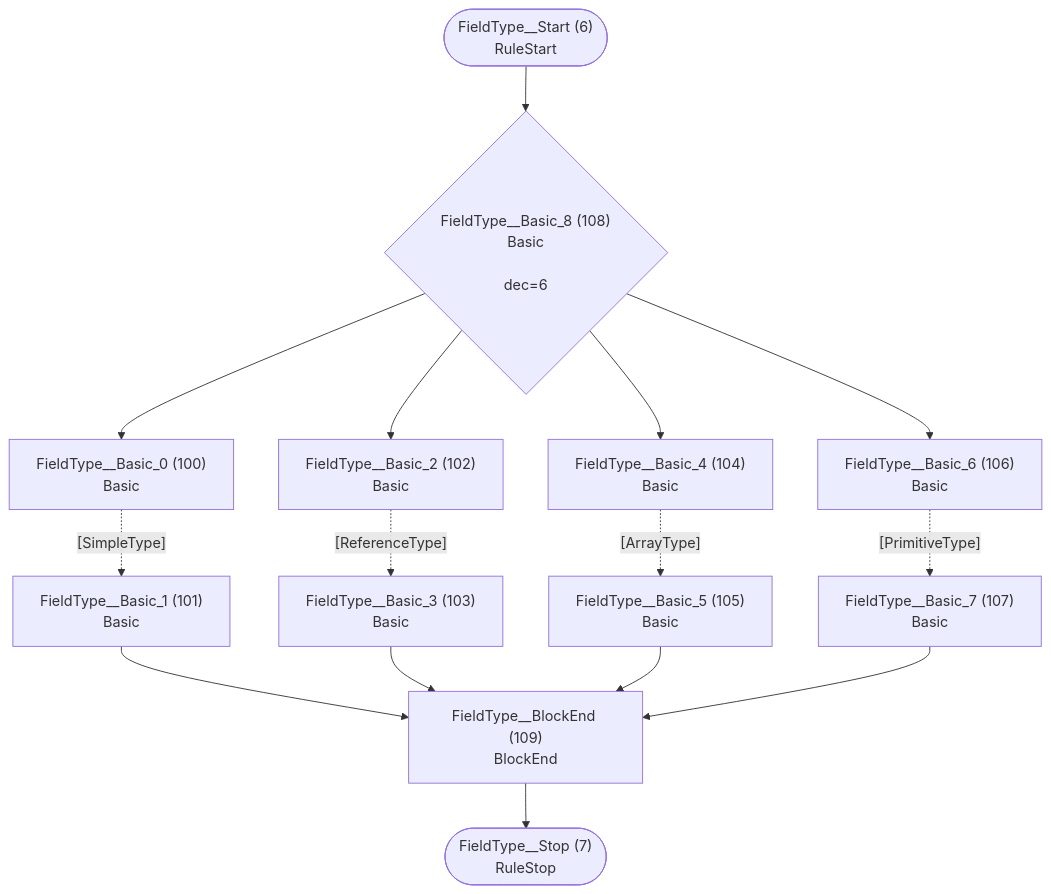
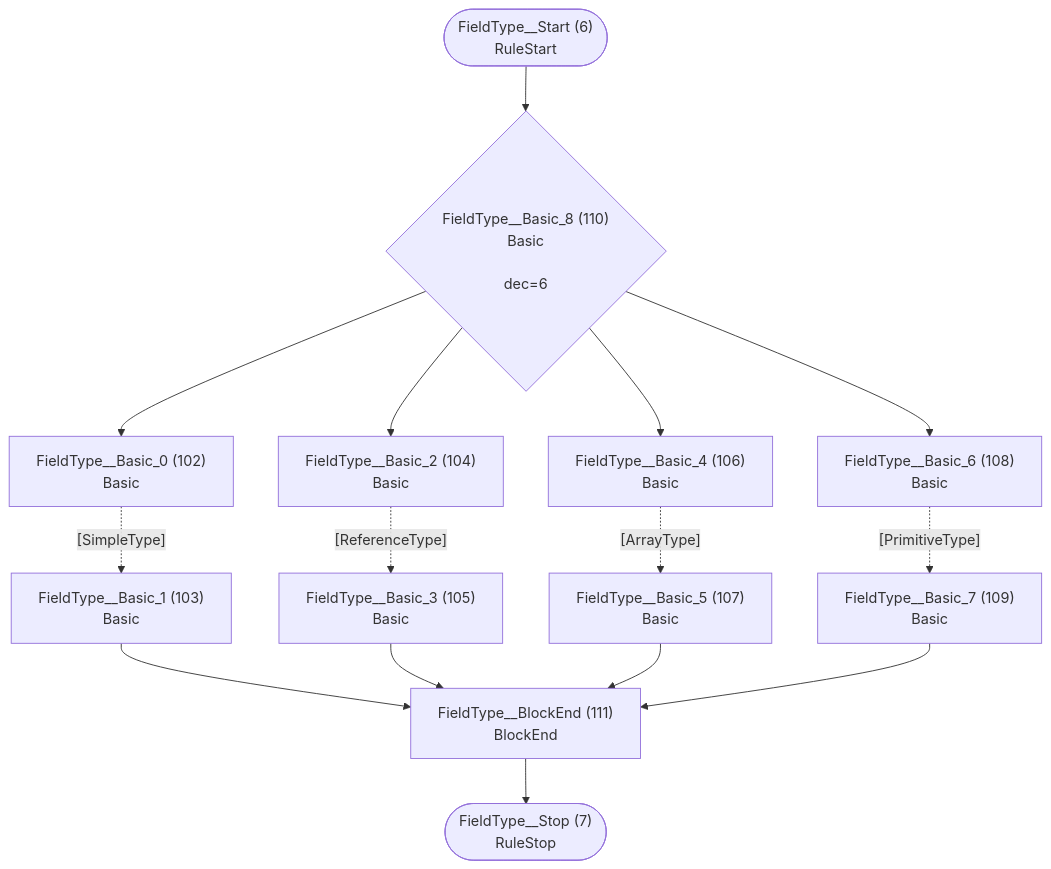
Before and after one commit to TypeFox/fastbelt: the fourth of 29 diagrams in internal/grammar/atn.md, drawn with Mermaid. The commit also changed other lines of this file and 13 other files, not shown here.

````diff
--- a/internal/grammar/atn.md
+++ b/internal/grammar/atn.md
@@ -133,30 +133,30 @@
 ```mermaid
 flowchart TD
     q6(["FieldType__Start (6)<br/>RuleStart"])
     q7(["FieldType__Stop (7)<br/>RuleStop"])
-    q100["FieldType__Basic_0 (100)<br/>Basic<br/>"]
-    q101["FieldType__Basic_1 (101)<br/>Basic<br/>"]
-    q102["FieldType__Basic_2 (102)<br/>Basic<br/>"]
-    q103["FieldType__Basic_3 (103)<br/>Basic<br/>"]
-    q104["FieldType__Basic_4 (104)<br/>Basic<br/>"]
-    q105["FieldType__Basic_5 (105)<br/>Basic<br/>"]
-    q106["FieldType__Basic_6 (106)<br/>Basic<br/>"]
-    q107["FieldType__Basic_7 (107)<br/>Basic<br/>"]
-    q108{"FieldType__Basic_8 (108)<br/>Basic<br/><br/>dec=6"}
-    q109["FieldType__BlockEnd (109)<br/>BlockEnd<br/>"]
+    q102["FieldType__Basic_0 (102)<br/>Basic<br/>"]
+    q103["FieldType__Basic_1 (103)<br/>Basic<br/>"]
+    q104["FieldType__Basic_2 (104)<br/>Basic<br/>"]
+    q105["FieldType__Basic_3 (105)<br/>Basic<br/>"]
+    q106["FieldType__Basic_4 (106)<br/>Basic<br/>"]
+    q107["FieldType__Basic_5 (107)<br/>Basic<br/>"]
+    q108["FieldType__Basic_6 (108)<br/>Basic<br/>"]
+    q109["FieldType__Basic_7 (109)<br/>Basic<br/>"]
+    q110{"FieldType__Basic_8 (110)<br/>Basic<br/><br/>dec=6"}
+    q111["FieldType__BlockEnd (111)<br/>BlockEnd<br/>"]
 
-    q6 --> q108
-    q100 -.->|"[SimpleType]"| q101
-    q101 --> q109
-    q102 -.->|"[ReferenceType]"| q103
-    q103 --> q109
-    q104 -.->|"[ArrayType]"| q105
-    q105 --> q109
-    q106 -.->|"[PrimitiveType]"| q107
-    q107 --> q109
-    q108 --> q100
-    q108 --> q102
-    q108 --> q104
-    q108 --> q106
-    q109 --> q7
+    q6 --> q110
+    q102 -.->|"[SimpleType]"| q103
+    q103 --> q111
+    q104 -.->|"[ReferenceType]"| q105
+    q105 --> q111
+    q106 -.->|"[ArrayType]"| q107
+    q107 --> q111
+    q108 -.->|"[PrimitiveType]"| q109
+    q109 --> q111
+    q110 --> q102
+    q110 --> q104
+    q110 --> q106
+    q110 --> q108
+    q111 --> q7
 ```
````
